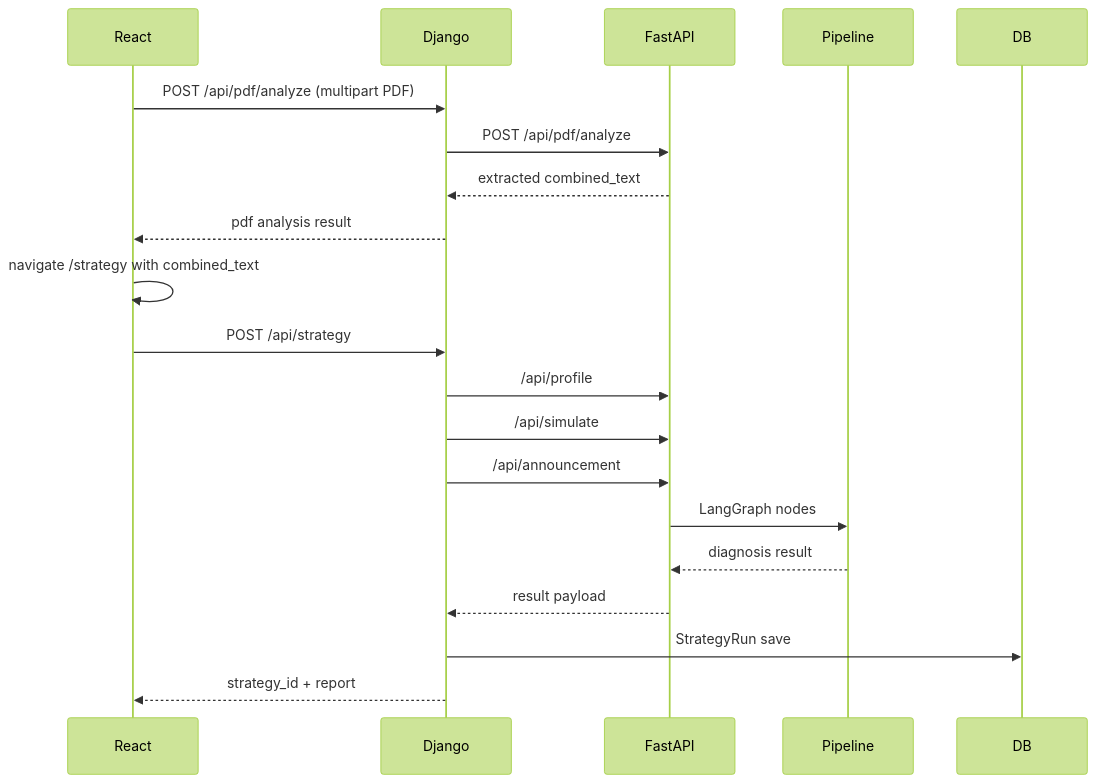
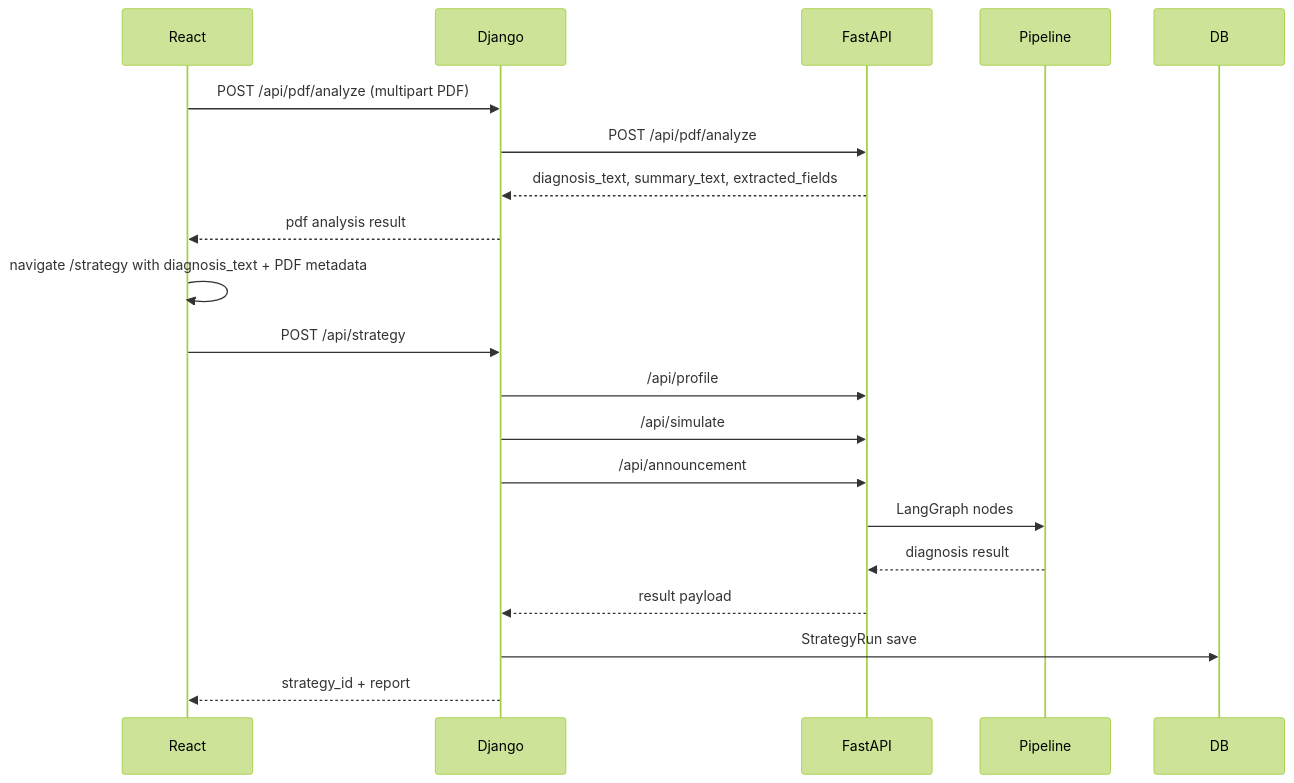
Before and after one commit to ldy-99/SKN29-3rd-3team: the third of 4 diagrams in docs/current/VERSION1_CURRENT_ARCHITECTURE.md, drawn with Mermaid (forest theme). The commit also changed 21 other files, not shown here.

Commit message:
Improve PDF announcement analysis flow

````diff
--- a/docs/current/VERSION1_CURRENT_ARCHITECTURE.md
+++ b/docs/current/VERSION1_CURRENT_ARCHITECTURE.md
@@ -82,23 +82,23 @@
 ```mermaid
 sequenceDiagram
     participant React
     participant Django
     participant FastAPI
     participant Pipeline
     participant DB
 
     React->>Django: POST /api/pdf/analyze (multipart PDF)
     Django->>FastAPI: POST /api/pdf/analyze
-    FastAPI-->>Django: extracted combined_text
+    FastAPI-->>Django: diagnosis_text, summary_text, extracted_fields
     Django-->>React: pdf analysis result
-    React->>React: navigate /strategy with combined_text
+    React->>React: navigate /strategy with diagnosis_text + PDF metadata
     React->>Django: POST /api/strategy
     Django->>FastAPI: /api/profile
     Django->>FastAPI: /api/simulate
     Django->>FastAPI: /api/announcement
     FastAPI->>Pipeline: LangGraph nodes
     Pipeline-->>FastAPI: diagnosis result
     FastAPI-->>Django: result payload
     Django->>DB: StrategyRun save
     Django-->>React: strategy_id + report
 ```
````
